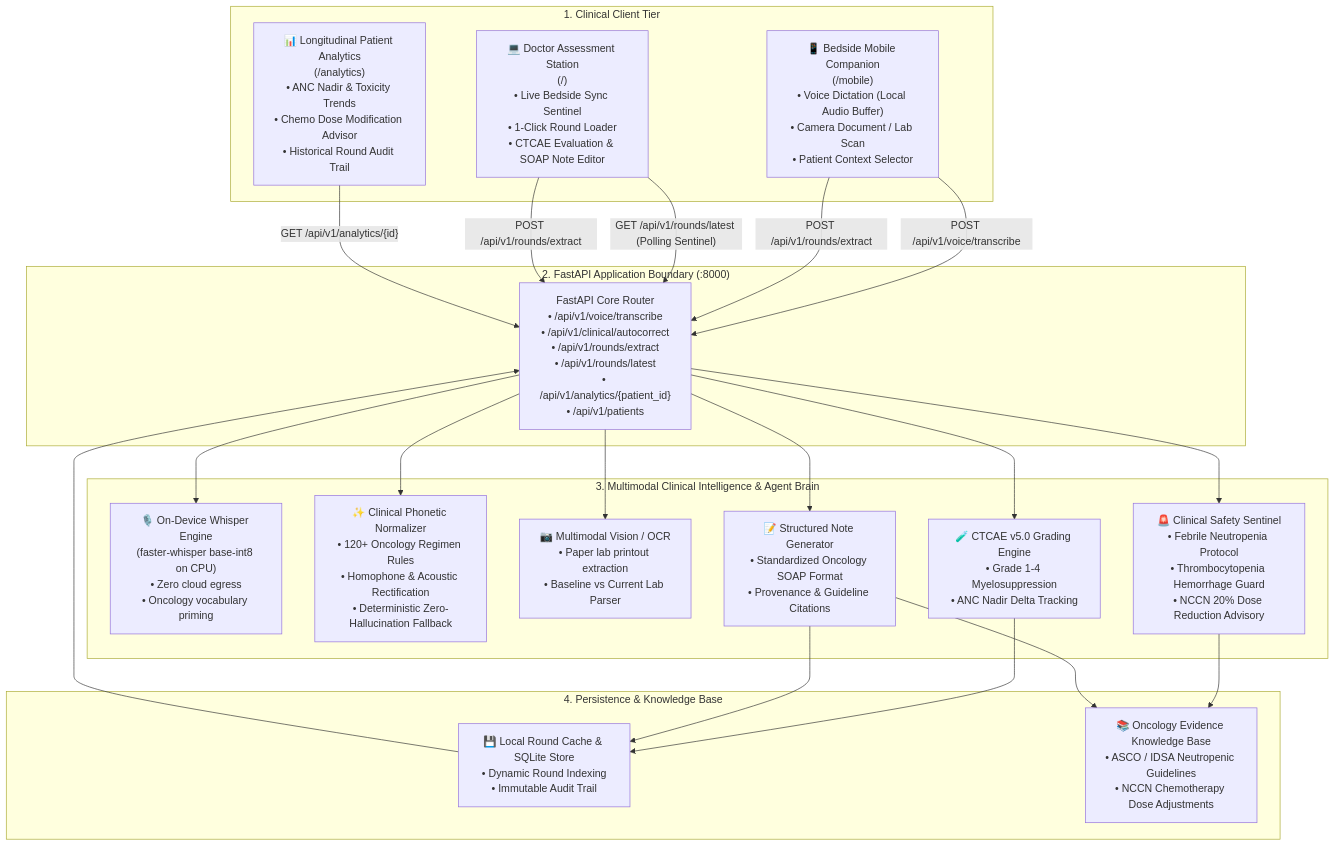
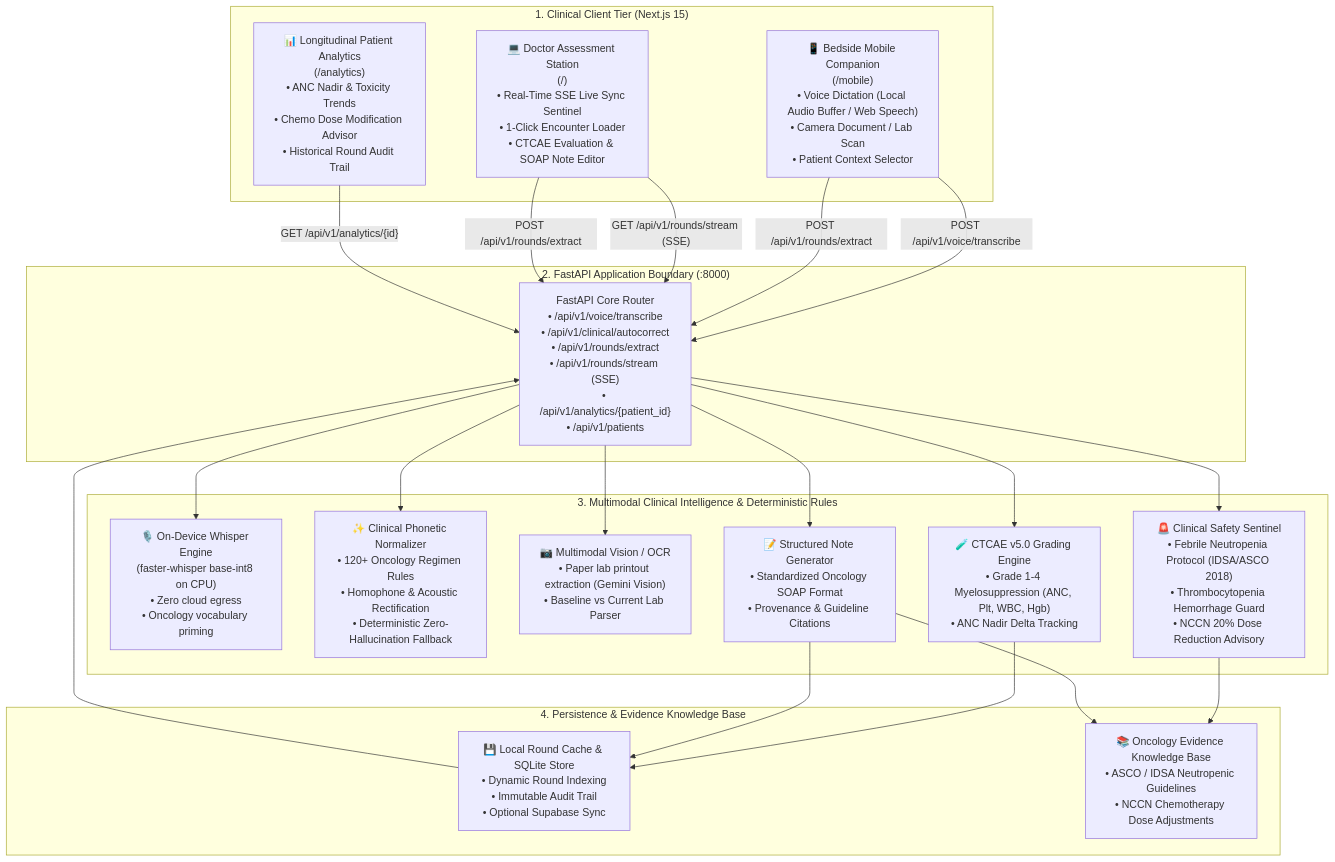
One commit to santhoshh005/Rounds_AI changed the first of 2 diagrams in README.md. Above: the diagram before and after it, drawn with Mermaid. The commit also changed other lines of this file and 20 other files, not shown here.

````diff
--- a/README.md
+++ b/README.md
@@ -33,45 +62,45 @@
 ```mermaid
 flowchart TB
-    subgraph ClientLayer["1. Clinical Client Tier"]
-        Mobile["📱 Bedside Mobile Companion\n(/mobile)\n• Voice Dictation (Local Audio Buffer)\n• Camera Document / Lab Scan\n• Patient Context Selector"]
-        Desktop["💻 Doctor Assessment Station\n(/)\n• Live Bedside Sync Sentinel\n• 1-Click Round Loader\n• CTCAE Evaluation & SOAP Note Editor"]
+    subgraph ClientLayer["1. Clinical Client Tier (Next.js 15)"]
+        Mobile["📱 Bedside Mobile Companion\n(/mobile)\n• Voice Dictation (Local Audio Buffer / Web Speech)\n• Camera Document / Lab Scan\n• Patient Context Selector"]
+        Desktop["💻 Doctor Assessment Station\n(/)\n• Real-Time SSE Live Sync Sentinel\n• 1-Click Encounter Loader\n• CTCAE Evaluation & SOAP Note Editor"]
         Analytics["📊 Longitudinal Patient Analytics\n(/analytics)\n• ANC Nadir & Toxicity Trends\n• Chemo Dose Modification Advisor\n• Historical Round Audit Trail"]
     end
 
     subgraph APILayer["2. FastAPI Application Boundary (:8000)"]
-        Router["FastAPI Core Router\n• /api/v1/voice/transcribe\n• /api/v1/clinical/autocorrect\n• /api/v1/rounds/extract\n• /api/v1/rounds/latest\n• /api/v1/analytics/{patient_id}\n• /api/v1/patients"]
+        Router["FastAPI Core Router\n• /api/v1/voice/transcribe\n• /api/v1/clinical/autocorrect\n• /api/v1/rounds/extract\n• /api/v1/rounds/stream (SSE)\n• /api/v1/analytics/{patient_id}\n• /api/v1/patients"]
     end
 
-    subgraph BrainLayer["3. Multimodal Clinical Intelligence & Agent Brain"]
+    subgraph BrainLayer["3. Multimodal Clinical Intelligence & Deterministic Rules"]
         Whisper["🎙️ On-Device Whisper Engine\n(faster-whisper base-int8 on CPU)\n• Zero cloud egress\n• Oncology vocabulary priming"]
         AutoCorrect["✨ Clinical Phonetic Normalizer\n• 120+ Oncology Regimen Rules\n• Homophone & Acoustic Rectification\n• Deterministic Zero-Hallucination Fallback"]
-        OCR["📷 Multimodal Vision / OCR\n• Paper lab printout extraction\n• Baseline vs Current Lab Parser"]
-        CTCAE["🧪 CTCAE v5.0 Grading Engine\n• Grade 1-4 Myelosuppression\n• ANC Nadir Delta Tracking"]
-        Sentinel["🚨 Clinical Safety Sentinel\n• Febrile Neutropenia Protocol\n• Thrombocytopenia Hemorrhage Guard\n• NCCN 20% Dose Reduction Advisory"]
+        OCR["📷 Multimodal Vision / OCR\n• Paper lab printout extraction (Gemini Vision)\n• Baseline vs Current Lab Parser"]
+        CTCAE["🧪 CTCAE v5.0 Grading Engine\n• Grade 1-4 Myelosuppression (ANC, Plt, WBC, Hgb)\n• ANC Nadir Delta Tracking"]
+        Sentinel["🚨 Clinical Safety Sentinel\n• Febrile Neutropenia Protocol (IDSA/ASCO 2018)\n• Thrombocytopenia Hemorrhage Guard\n• NCCN 20% Dose Reduction Advisory"]
         NoteGen["📝 Structured Note Generator\n• Standardized Oncology SOAP Format\n• Provenance & Guideline Citations"]
     end
 
-    subgraph DataLayer["4. Persistence & Knowledge Base"]
-        Store["💾 Local Round Cache & SQLite Store\n• Dynamic Round Indexing\n• Immutable Audit Trail"]
+    subgraph DataLayer["4. Persistence & Evidence Knowledge Base"]
+        Store["💾 Local Round Cache & SQLite Store\n• Dynamic Round Indexing\n• Immutable Audit Trail\n• Optional Supabase Sync"]
         Guidelines["📚 Oncology Evidence Knowledge Base\n• ASCO / IDSA Neutropenic Guidelines\n• NCCN Chemotherapy Dose Adjustments"]
     end
 
     Mobile -->|"POST /api/v1/voice/transcribe"| Router
     Mobile -->|"POST /api/v1/rounds/extract"| Router
-    Desktop -->|"GET /api/v1/rounds/latest (Polling Sentinel)"| Router
+    Desktop -->|"GET /api/v1/rounds/stream (SSE)"| Router
     Desktop -->|"POST /api/v1/rounds/extract"| Router
     Analytics -->|"GET /api/v1/analytics/{id}"| Router
 
     Router --> Whisper
     Router --> AutoCorrect
     Router --> OCR
     Router --> CTCAE
     Router --> Sentinel
     Router --> NoteGen
 
     CTCAE --> Store
     Sentinel --> Guidelines
     NoteGen --> Guidelines
     NoteGen --> Store
     Store --> Router
 ```
````
